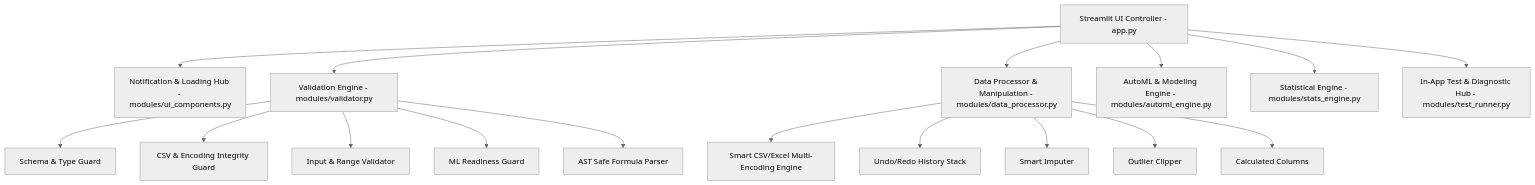
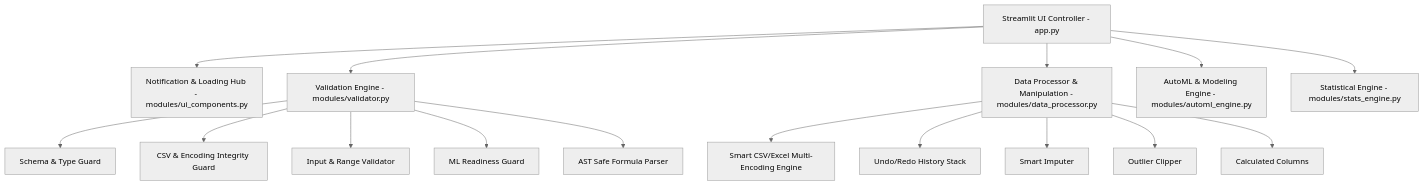
The diagram in README.md (orayyilmaz16/DataVortex), drawn with Mermaid (neutral theme) before and after one commit. The commit also changed other lines of this file and 16 other files, not shown here.

Commit message:
refactor: remove system test center tab from app and add agent configuration and ignore files

````diff
--- a/README.md
+++ b/README.md
@@ -19,21 +19,20 @@
 ```mermaid
 flowchart TD
     UI[Streamlit UI Controller - app.py] --> NH[Notification & Loading Hub - modules/ui_components.py]
     UI --> VE[Validation Engine - modules/validator.py]
     UI --> DP[Data Processor & Manipulation - modules/data_processor.py]
     UI --> ML[AutoML & Modeling Engine - modules/automl_engine.py]
     UI --> ST[Statistical Engine - modules/stats_engine.py]
-    UI --> TH[In-App Test & Diagnostic Hub - modules/test_runner.py]
 
     VE --> SG[Schema & Type Guard]
     VE --> CSV_Guard[CSV & Encoding Integrity Guard]
     VE --> IV[Input & Range Validator]
     VE --> MV[ML Readiness Guard]
     VE --> FV[AST Safe Formula Parser]
 
     DP --> LoadEngine[Smart CSV/Excel Multi-Encoding Engine]
     DP --> Undo[Undo/Redo History Stack]
     DP --> Imp[Smart Imputer]
     DP --> Out[Outlier Clipper]
     DP --> Calc[Calculated Columns]
 ```
````
